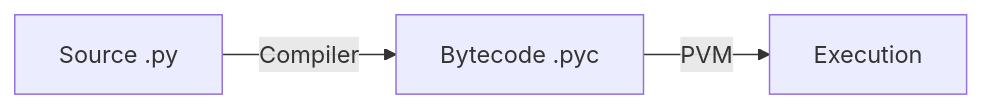
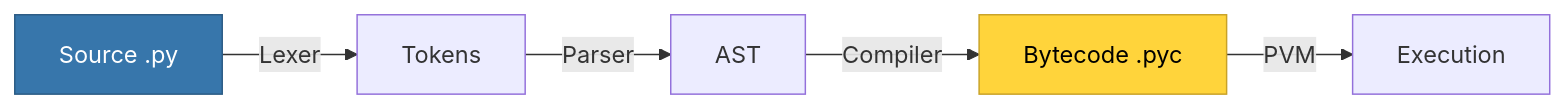
One commit to devweekends/docs changed the diagram in courses/python-crash-course/fundamentals.mdx. Above: the diagram before and after it, drawn with Mermaid. The commit also changed other lines of this file and 13 other files, not shown here.

````diff
--- a/courses/python-crash-course/fundamentals.mdx
+++ b/courses/python-crash-course/fundamentals.mdx
@@ -18,5 +20,10 @@
 ```mermaid
 graph LR
-    A[Source .py] -->|Compiler| B[Bytecode .pyc]
-    B -->|PVM| C[Execution]
+    A[Source .py] -->|Lexer| B[Tokens]
+    B -->|Parser| C[AST]
+    C -->|Compiler| D[Bytecode .pyc]
+    D -->|PVM| E[Execution]
+    
+    style A fill:#3776ab,stroke:#2b5b84,color:#fff
+    style D fill:#ffd43b,stroke:#c9a227,color:#000
 ```
````
